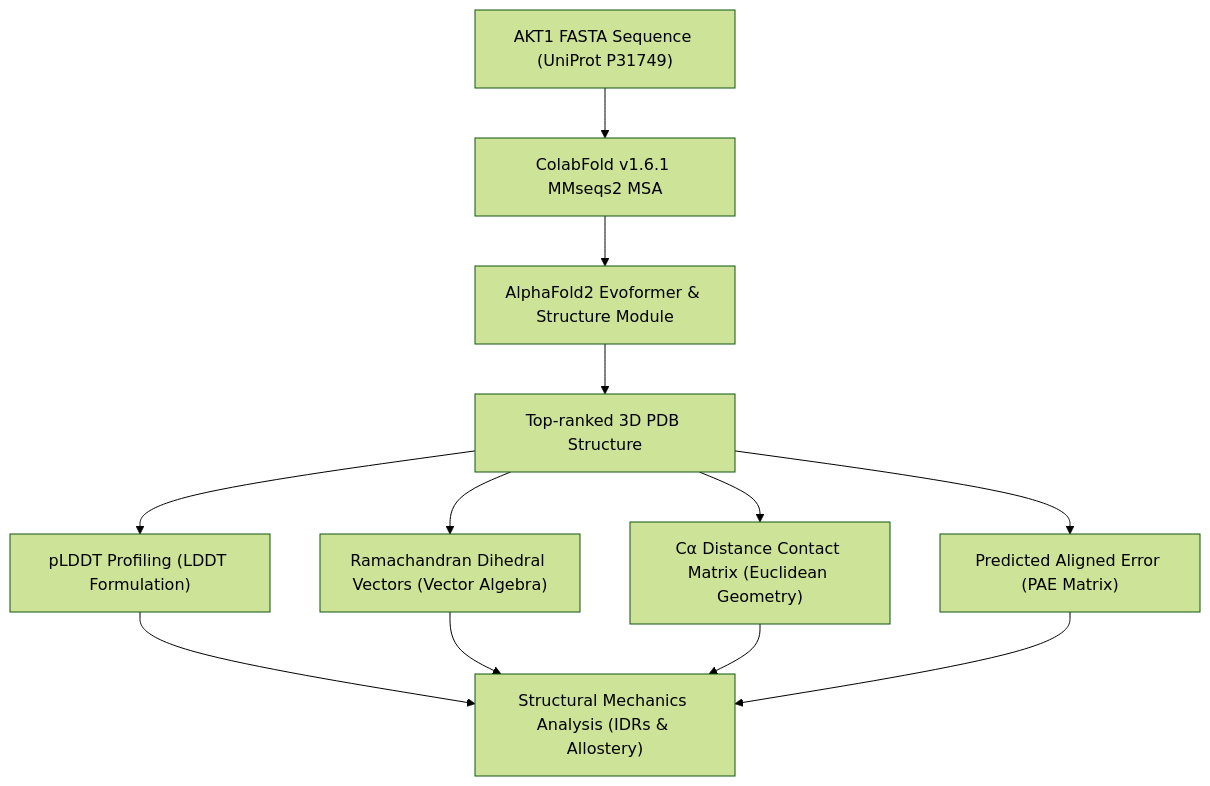
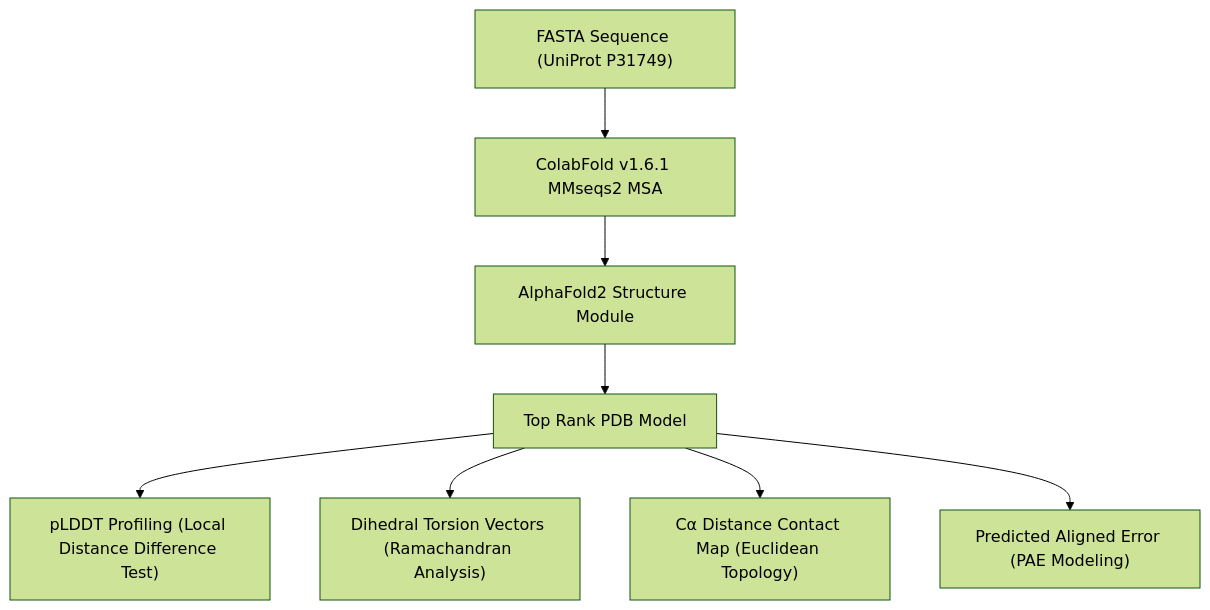
The first of 2 diagrams in README.md (SuleimanHajizadeh/AlphaFold-TNBC), drawn with Mermaid (forest theme) before and after one commit. The commit also changed other lines of this file and 1 other file, not shown here.

````diff
--- a/README.md
+++ b/README.md
@@ -19,11 +27,10 @@
 ```mermaid
 graph TD
-    A["AKT1 FASTA Sequence (UniProt P31749)"] --> B["ColabFold v1.6.1 MMseqs2 MSA"]
-    B --> C["AlphaFold2 Evoformer & Structure Module"]
-    C --> D["Top-ranked 3D PDB Structure"]
-    D --> E["pLDDT Profiling (LDDT Formulation)"]
-    D --> F["Ramachandran Dihedral Vectors (Vector Algebra)"]
-    D --> G["Cα Distance Contact Matrix (Euclidean Geometry)"]
-    D --> H["Predicted Aligned Error (PAE Matrix)"]
-    E & F & G & H --> I["Structural Mechanics Analysis (IDRs & Allostery)"]
+    A["FASTA Sequence (UniProt P31749)"] --> B["ColabFold v1.6.1 MMseqs2 MSA"]
+    B --> C["AlphaFold2 Structure Module"]
+    C --> D["Top Rank PDB Model"]
+    D --> E["pLDDT Profiling (Local Distance Difference Test)"]
+    D --> F["Dihedral Torsion Vectors (Ramachandran Analysis)"]
+    D --> G["Cα Distance Contact Map (Euclidean Topology)"]
+    D --> H["Predicted Aligned Error (PAE Modeling)"]
 ```
````
